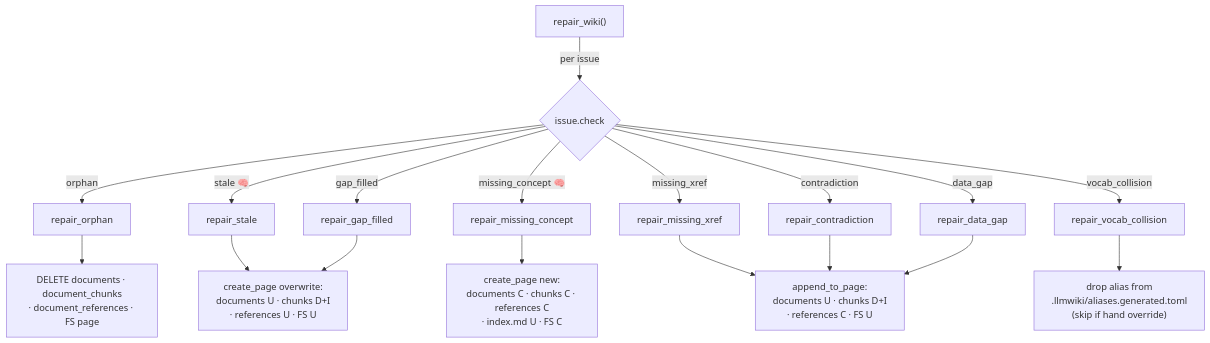
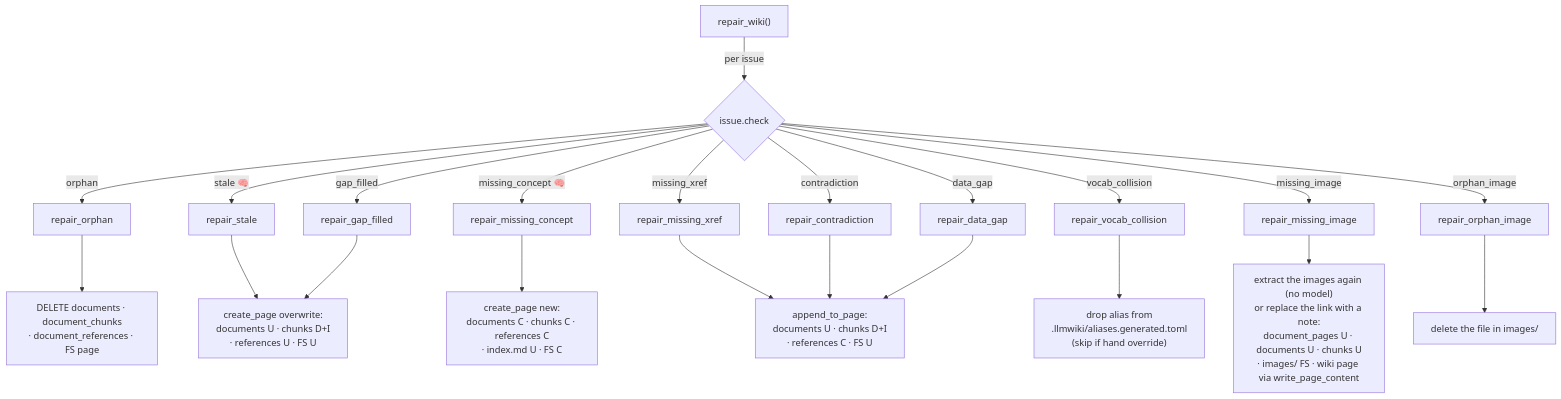
The diagram in docs/manual/workflows/6.2-repair.md (Clod/llmwiki-marimo), drawn with Mermaid before and after one commit. The commit also changed other lines of this file and 126 other files, not shown here.

First line of the commit message:
feat: figure check of chat answers, images of the sources (off by default) and OCR

````diff
--- a/docs/manual/workflows/6.2-repair.md
+++ b/docs/manual/workflows/6.2-repair.md
@@ -7,20 +7,24 @@
 ```mermaid
 flowchart TD
     RW["repair_wiki()"] -->|per issue| DISP{"issue.check"}
     DISP -->|orphan| O["repair_orphan"]
     DISP -->|stale 🧠| ST["repair_stale"]
     DISP -->|missing_concept 🧠| MC["repair_missing_concept"]
     DISP -->|missing_xref| MX["repair_missing_xref"]
     DISP -->|contradiction| CO["repair_contradiction"]
     DISP -->|data_gap| DG["repair_data_gap"]
     DISP -->|gap_filled| GF["repair_gap_filled"]
     DISP -->|vocab_collision| VC["repair_vocab_collision"]
+    DISP -->|missing_image| MI["repair_missing_image"]
+    DISP -->|orphan_image| OI["repair_orphan_image"]
     O --> W1["DELETE documents · document_chunks<br/>· document_references · FS page"]
     ST --> W2["create_page overwrite:<br/>documents U · chunks D+I<br/>· references U · FS U"]
     MC --> W3["create_page new:<br/>documents C · chunks C · references C<br/>· index.md U · FS C"]
     MX --> W4["append_to_page:<br/>documents U · chunks D+I<br/>· references C · FS U"]
     CO --> W4
     DG --> W4
     GF --> W2
     VC --> W5["drop alias from<br/>.llmwiki/aliases.generated.toml<br/>(skip if hand override)"]
+    MI --> W6["extract the images again (no model)<br/>or replace the link with a note:<br/>document_pages U · documents U · chunks U<br/>· images/ FS · wiki page via write_page_content"]
+    OI --> W7["delete the file in images/"]
 ```
````
